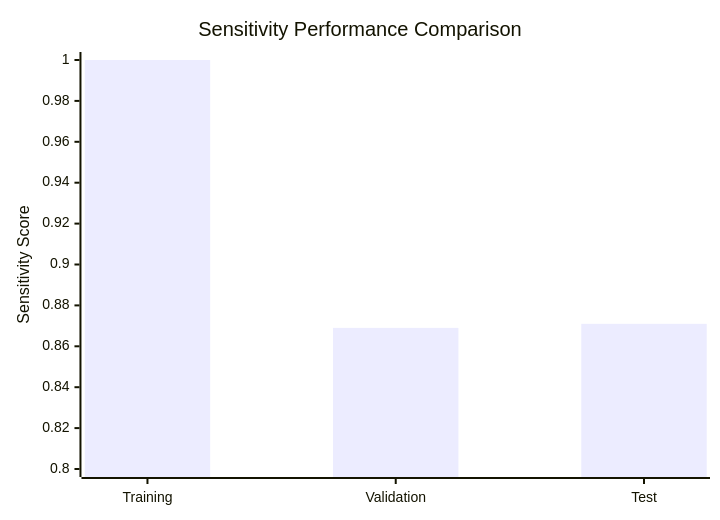
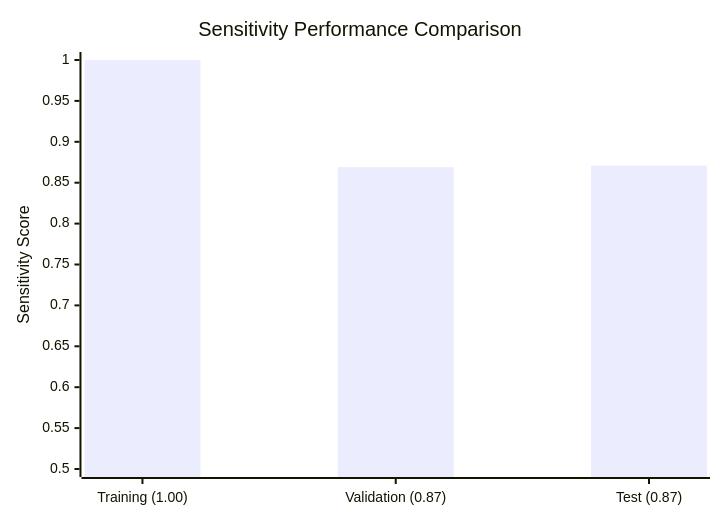
The fourth of 5 diagrams in README.md (Daniel-Lachner-Piza/EEG_Characterizer_HFO), drawn with Mermaid before and after one commit. The commit also changed other lines of this file, not shown here.

````diff
--- a/README.md
+++ b/README.md
@@ -69,7 +69,7 @@
 ```mermaid
 xychart-beta
     title "Sensitivity Performance Comparison"
-    x-axis ["Training", "Validation", "Test"]
-    y-axis "Sensitivity Score" 0.8 --> 1.0
+    x-axis ["Training (1.00)", "Validation (0.87)", "Test (0.87)"]
+    y-axis "Sensitivity Score" 0.5 --> 1.0
     bar [1.000, 0.869, 0.871]
 ```
````
